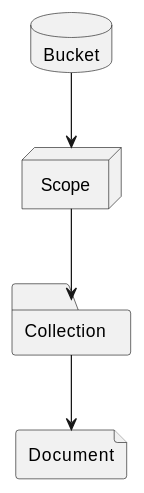
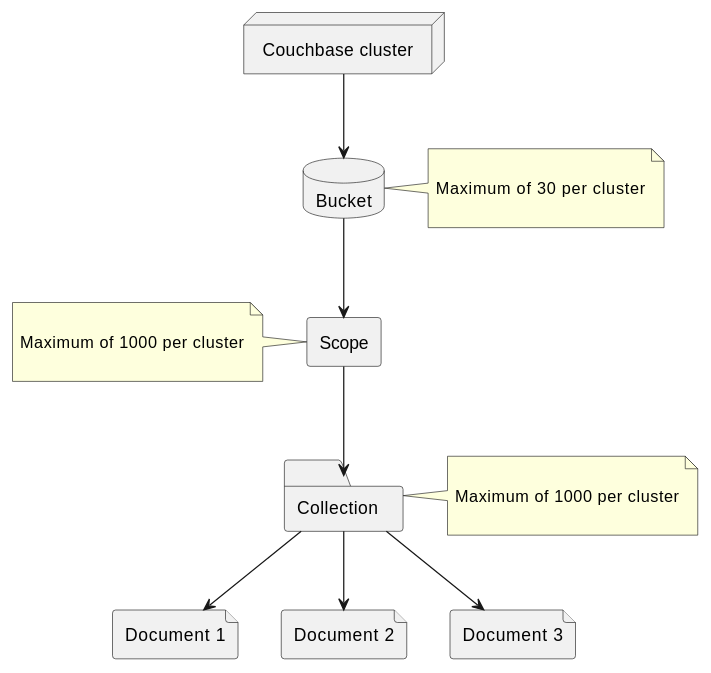
Before and after one commit to couchbase/docs-server: the third of 3 diagrams in modules/tutorials/assets/diagram-definitions.adoc, drawn with PlantUML. The commit also changed 2 other files, not shown here.

Commit message:
DOC-9354 Adding new diagram for the Couchbase hierarchy

```diff
--- a/modules/tutorials/assets/diagram-definitions.adoc
+++ b/modules/tutorials/assets/diagram-definitions.adoc
@@ -83,22 +83,45 @@
 [plantuml]
 ----
 @startuml
 
+node "Couchbase cluster" as cluster
 
+database "Bucket" as bucket
 
-    database "Bucket" as bucket
+rectangle "Scope" as scope
 
-    node "Scope" as scope
-
- folder "Collection" as collection
+folder "Collection" as collection
 
 
 
-file  "Document" as document
+file "Document 1" as document1
+file "Document 2" as document2
+file "Document 3" as document3
 
+cluster --> bucket
 bucket --> scope
 scope --> collection
-collection --> document
+collection --> document1
+collection --> document2
+collection --> document3
+
+note right of bucket
+
+ Maximum of  30 per cluster
+ 
+end note
+
+note left of scope
+
+  Maximum of 1000 per cluster
+  
+end note
+
+note right of collection
+
+  Maximum of 1000 per cluster
+  
+end note
 
 @enduml
 ----
```
